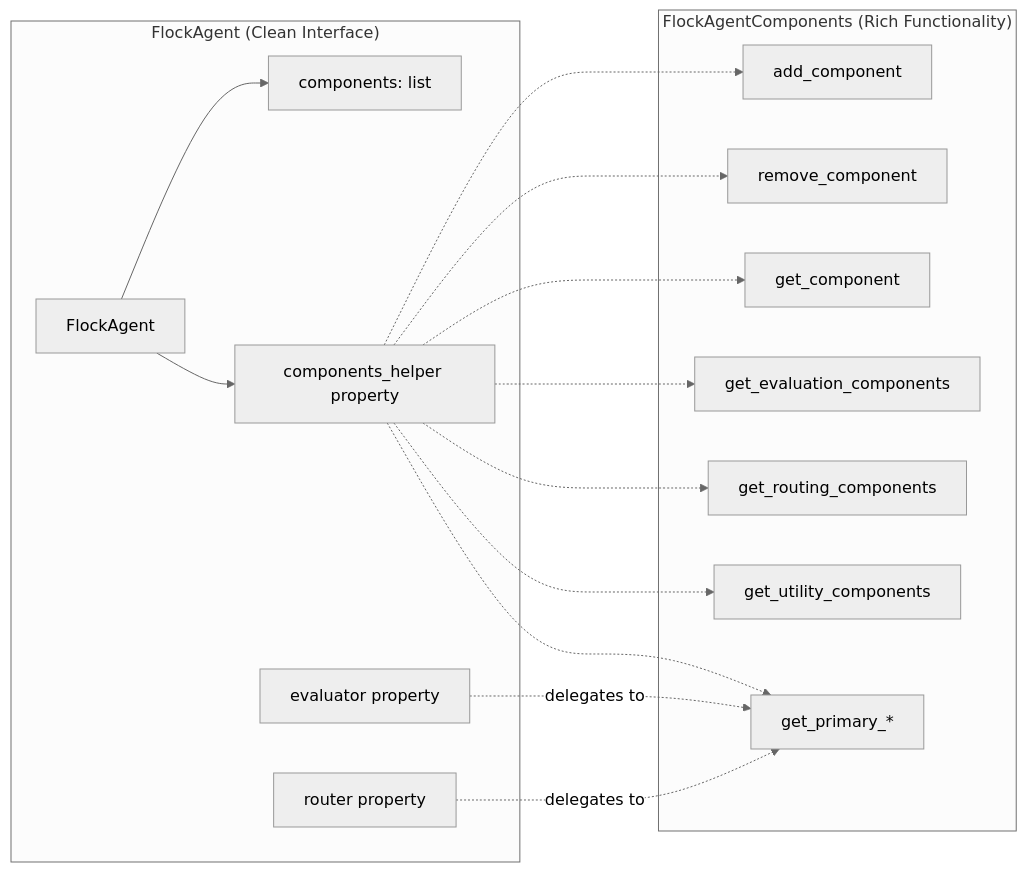
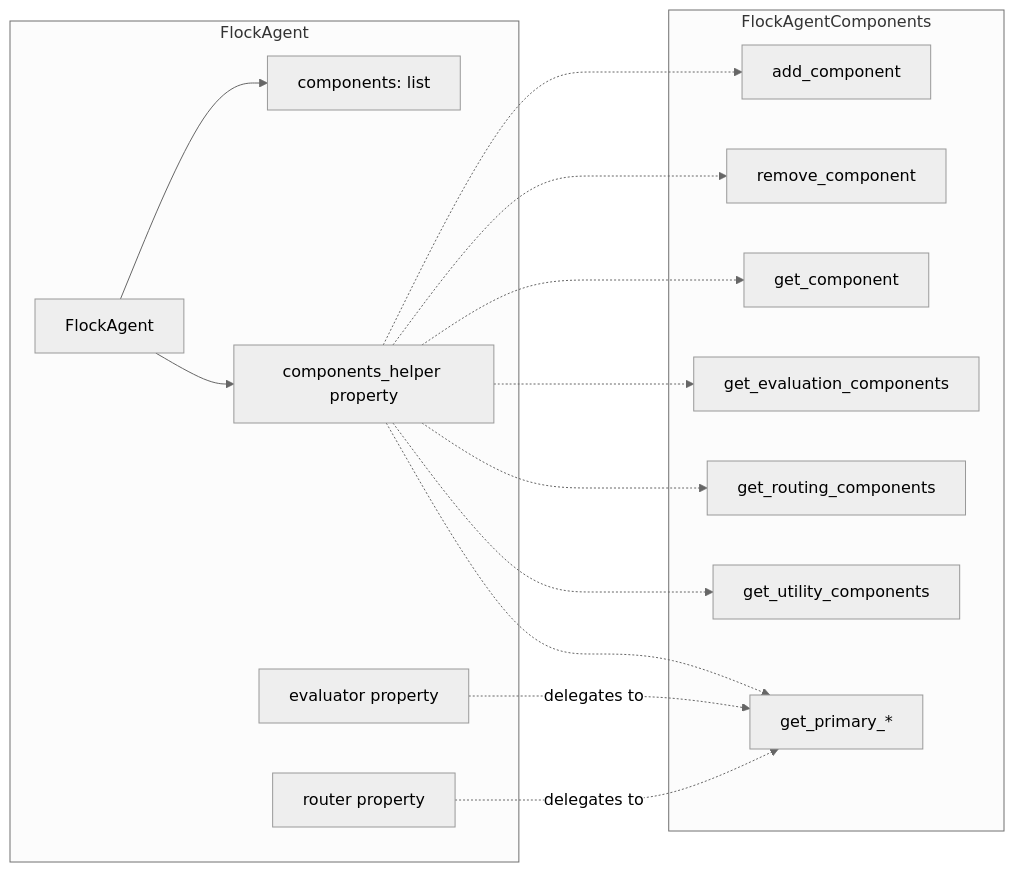
The third of 25 diagrams in docs/architecture_report.md (AndreRatzenberger/flock), drawn with Mermaid (neutral theme) before and after one commit.

````diff
--- a/docs/architecture_report.md
+++ b/docs/architecture_report.md
@@ -100,34 +100,34 @@
 ```mermaid
 graph LR
-    subgraph "FlockAgent (Clean Interface)"
+    subgraph "FlockAgent"
         Agent[FlockAgent]
         Components[components: list]
         Evaluator[evaluator property]
         Router[router property]
         Helper[components_helper property]
     end
     
-    subgraph "FlockAgentComponents (Rich Functionality)"
+    subgraph "FlockAgentComponents"
         AddComp[add_component]
         RemoveComp[remove_component]
         GetComp[get_component]
         GetEval[get_evaluation_components]
         GetRoute[get_routing_components]
         GetUtil[get_utility_components]
         Primary[get_primary_*]
     end
     
     Agent --> Components
     Agent --> Helper
     Helper -.-> AddComp
     Helper -.-> RemoveComp
     Helper -.-> GetComp
     Helper -.-> GetEval
     Helper -.-> GetRoute
     Helper -.-> GetUtil
     Helper -.-> Primary
     
     Evaluator -.->|delegates to| Primary
     Router -.->|delegates to| Primary
 
 ```
````
